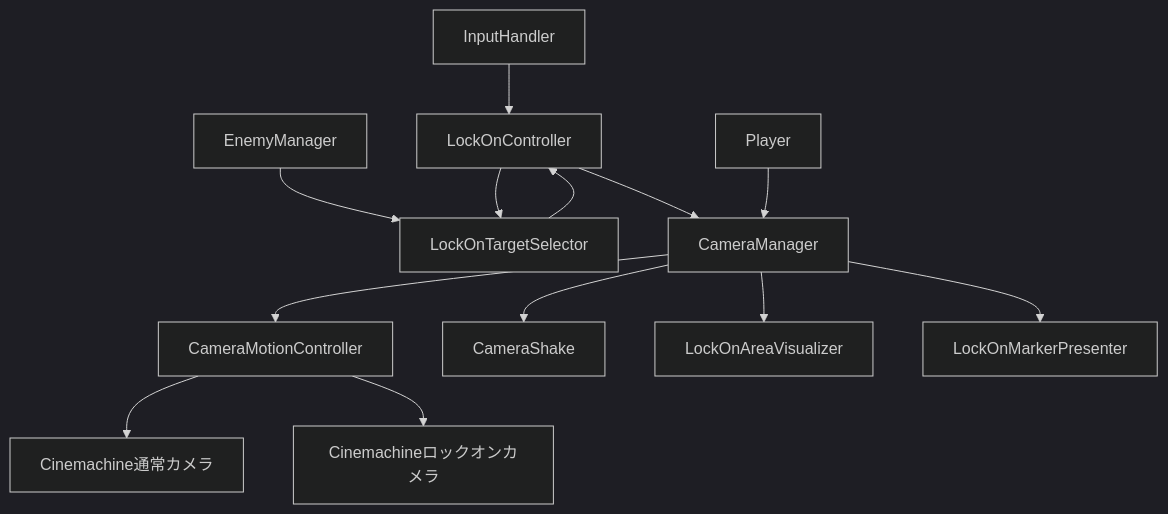
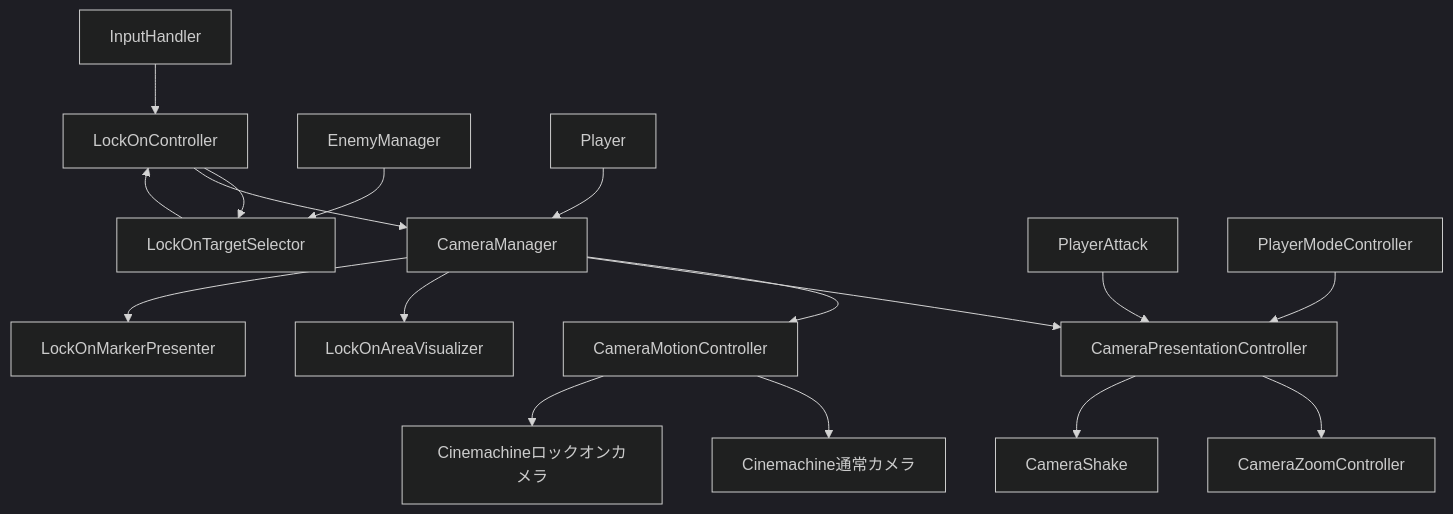
The diagram in Assets/Scripts/Camera/CameraSystemDoc.md (NaritaShosei/ProjectGO), drawn with Mermaid (dark theme) before and after one commit. The commit also changed other lines of this file and 4 other files, not shown here.

````diff
--- a/Assets/Scripts/Camera/CameraSystemDoc.md
+++ b/Assets/Scripts/Camera/CameraSystemDoc.md
@@ -112,15 +122,19 @@
 ```mermaid
 flowchart TD
     Input[InputHandler] --> Controller[LockOnController]
     Enemy[EnemyManager] --> Selector[LockOnTargetSelector]
     Controller --> Selector
     Selector --> Controller
     Controller --> Manager[CameraManager]
     Player[Player] --> Manager
     Manager --> Motion[CameraMotionController]
     Motion --> Normal[Cinemachine通常カメラ]
     Motion --> Lock[Cinemachineロックオンカメラ]
-    Manager --> Shake[CameraShake]
+    Manager --> Presentation[CameraPresentationController]
+    PlayerAttack[PlayerAttack] --> Presentation
+    ModeController[PlayerModeController] --> Presentation
+    Presentation --> Zoom[CameraZoomController]
+    Presentation --> Shake[CameraShake]
     Manager --> Area[LockOnAreaVisualizer]
     Manager --> Marker[LockOnMarkerPresenter]
 ```
````
